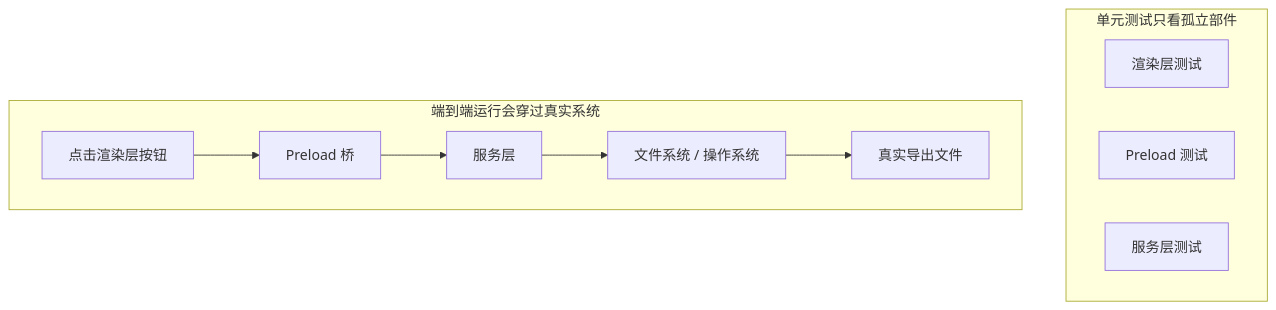
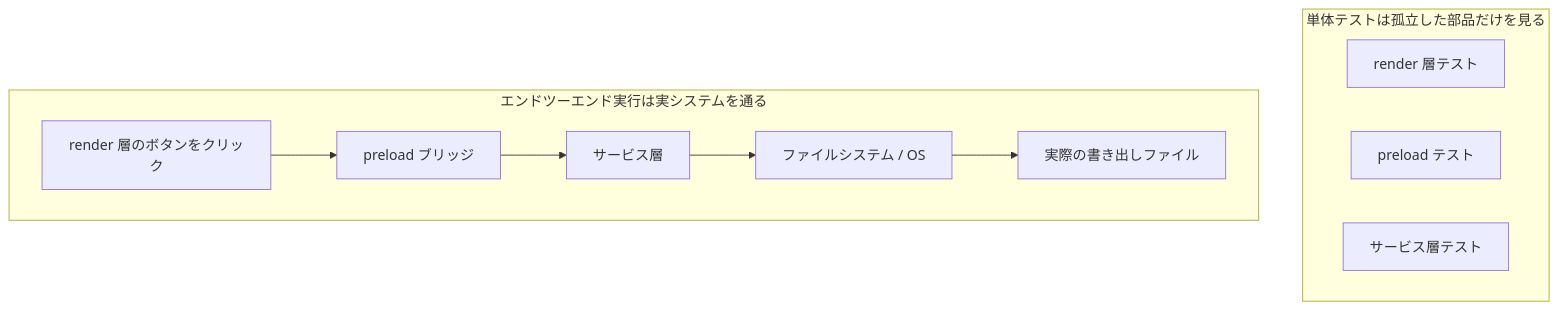
One commit to mkusaka/learn-harness-engineering changed the first of 2 diagrams in docs/zh/lectures/lecture-10-why-end-to-end-testing-changes-results/index.md. Above: the diagram before and after it, drawn with Mermaid. The commit also changed other lines of this file and 571 other files, not shown here.

````diff
--- a/docs/zh/lectures/lecture-10-why-end-to-end-testing-changes-results/index.md
+++ b/docs/zh/lectures/lecture-10-why-end-to-end-testing-changes-results/index.md
@@ -36,15 +36,15 @@
 ```mermaid
 flowchart TB
-    subgraph Unit["单元测试只看孤立部件"]
-        U1["渲染层测试"]
-        U2["Preload 测试"]
-        U3["服务层测试"]
+    subgraph Unit["単体テストは孤立した部品だけを見る"]
+        U1["render 層テスト"]
+        U2["preload テスト"]
+        U3["サービス層テスト"]
     end
 
-    subgraph E2E["端到端运行会穿过真实系统"]
-        R["点击渲染层按钮"] --> P["Preload 桥"]
-        P --> S["服务层"]
-        S --> F["文件系统 / 操作系统"]
-        F --> Result["真实导出文件"]
+    subgraph E2E["エンドツーエンド実行は実システムを通る"]
+        R["render 層のボタンをクリック"] --> P["preload ブリッジ"]
+        P --> S["サービス層"]
+        S --> F["ファイルシステム / OS"]
+        F --> Result["実際の書き出しファイル"]
     end
 ```
````
